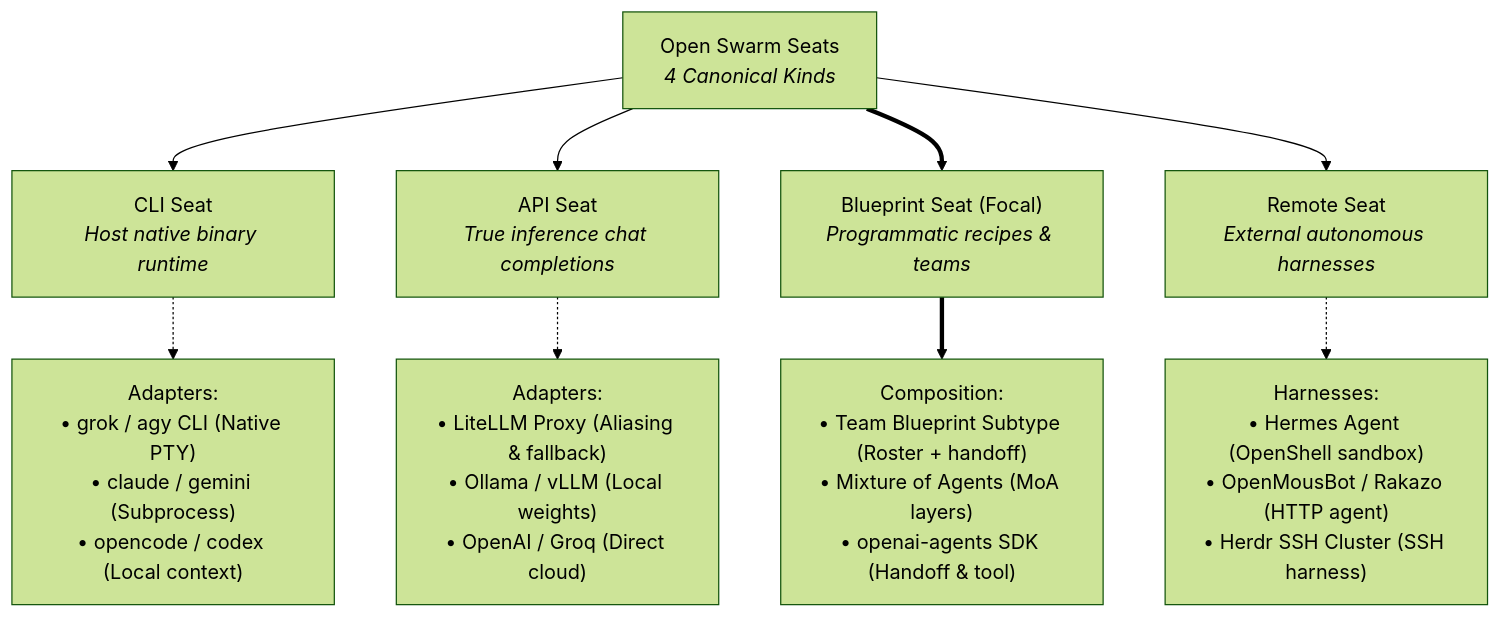
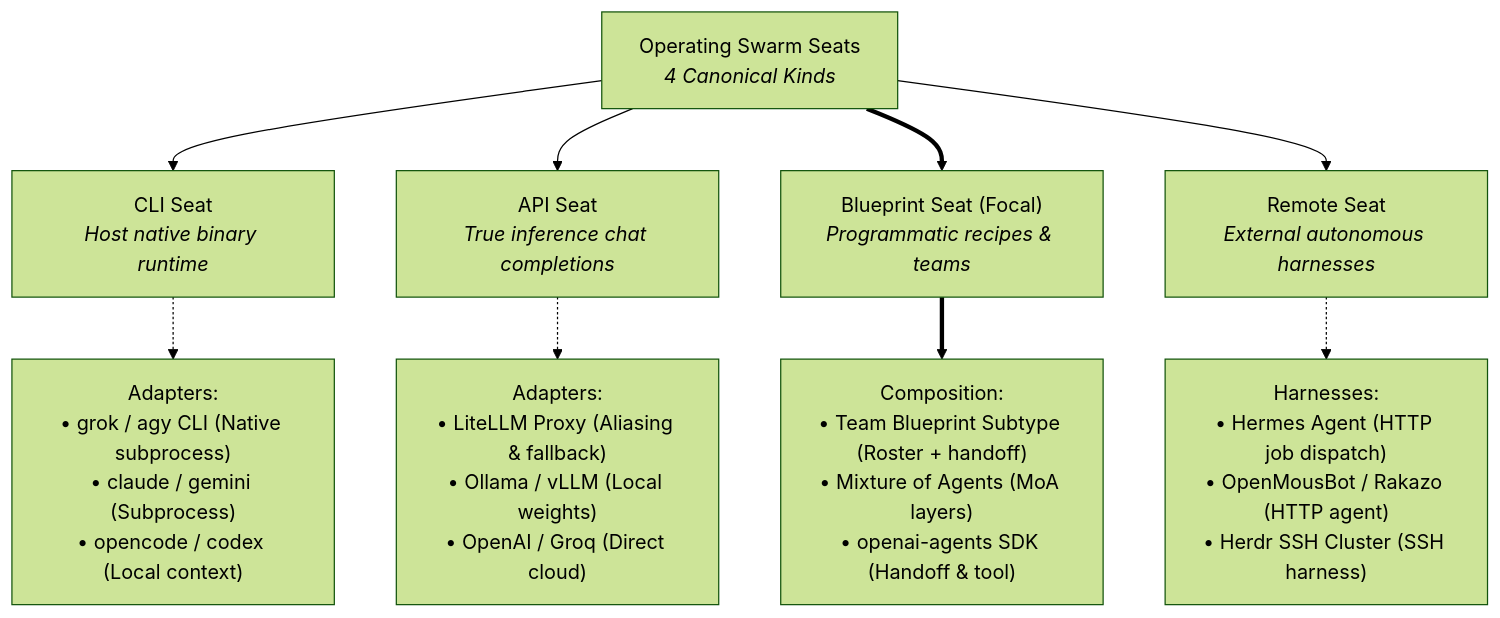
One commit to matthewhand/operating-swarm changed the second of 8 diagrams in docs/diagrams/README.md. Above: the diagram before and after it, drawn with Mermaid (forest theme). The commit also changed other lines of this file and 1784 other files, not shown here.

````diff
--- a/docs/diagrams/README.md
+++ b/docs/diagrams/README.md
@@ -76,14 +255,14 @@
 ```mermaid
 flowchart TD
-    Root["Open Swarm Seats<br/><em>4 Canonical Kinds</em>"]
+    Root["Operating Swarm Seats<br/><em>4 Canonical Kinds</em>"]
 
     Root --> CLI["CLI Seat<br/><em>Host native binary runtime</em>"]
     Root --> API["API Seat<br/><em>True inference chat completions</em>"]
     Root ==> BP["Blueprint Seat (Focal)<br/><em>Programmatic recipes & teams</em>"]
     Root --> Remote["Remote Seat<br/><em>External autonomous harnesses</em>"]
 
-    CLI -.-> CLI_A["Adapters:<br/>• grok / agy CLI (Native PTY)<br/>• claude / gemini (Subprocess)<br/>• opencode / codex (Local context)"]
+    CLI -.-> CLI_A["Adapters:<br/>• grok / agy CLI (Native subprocess)<br/>• claude / gemini (Subprocess)<br/>• opencode / codex (Local context)"]
     API -.-> API_A["Adapters:<br/>• LiteLLM Proxy (Aliasing & fallback)<br/>• Ollama / vLLM (Local weights)<br/>• OpenAI / Groq (Direct cloud)"]
     BP ==> BP_A["Composition:<br/>• Team Blueprint Subtype (Roster + handoff)<br/>• Mixture of Agents (MoA layers)<br/>• openai-agents SDK (Handoff & tool)"]
-    Remote -.-> Remote_A["Harnesses:<br/>• Hermes Agent (OpenShell sandbox)<br/>• OpenMousBot / Rakazo (HTTP agent)<br/>• Herdr SSH Cluster (SSH harness)"]
+    Remote -.-> Remote_A["Harnesses:<br/>• Hermes Agent (HTTP job dispatch)<br/>• OpenMousBot / Rakazo (HTTP agent)<br/>• Herdr SSH Cluster (SSH harness)"]
 ```
````
